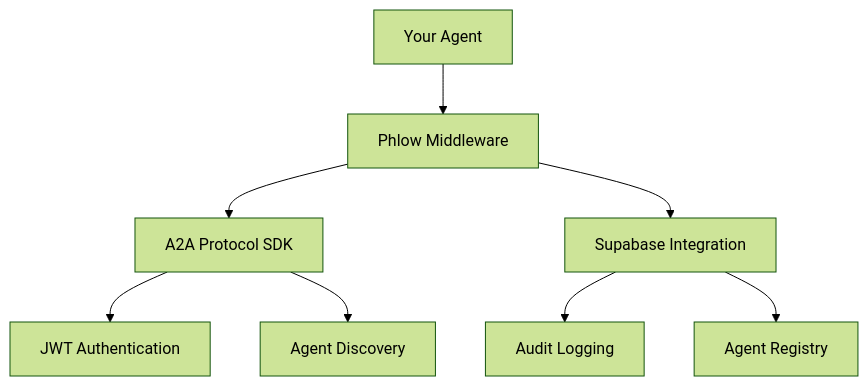
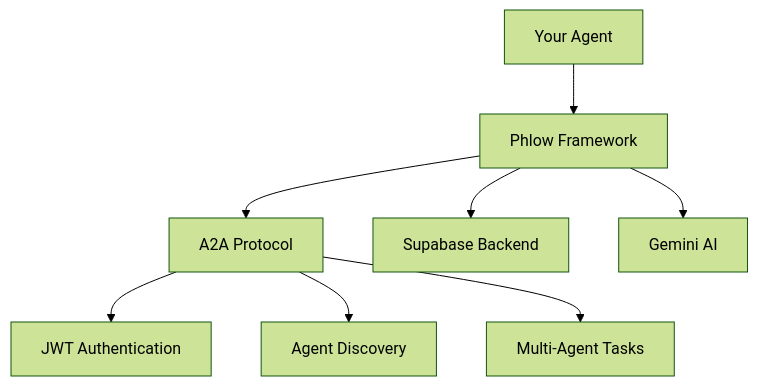
The diagram in docs/index.md (prassanna-ravishankar/phlow), drawn with Mermaid (forest theme) before and after one commit. The commit also changed other lines of this file and 17 other files, not shown here.

````diff
--- a/docs/index.md
+++ b/docs/index.md
@@ -59,12 +61,11 @@
 ```mermaid
 graph TB
-    A[Your Agent] --> B[Phlow Middleware]
-    B --> C[A2A Protocol SDK]
-    B --> D[Supabase Integration]
+    A[Your Agent] --> B[Phlow Framework]
+    B --> C[A2A Protocol]
+    B --> D[Supabase Backend]
+    B --> E[Gemini AI]
     
-    C --> E[JWT Authentication]
-    C --> F[Agent Discovery]
-    
-    D --> G[Audit Logging]
-    D --> H[Agent Registry]
+    C --> F[JWT Authentication]
+    C --> G[Agent Discovery]
+    C --> H[Multi-Agent Tasks]
 ```
````
